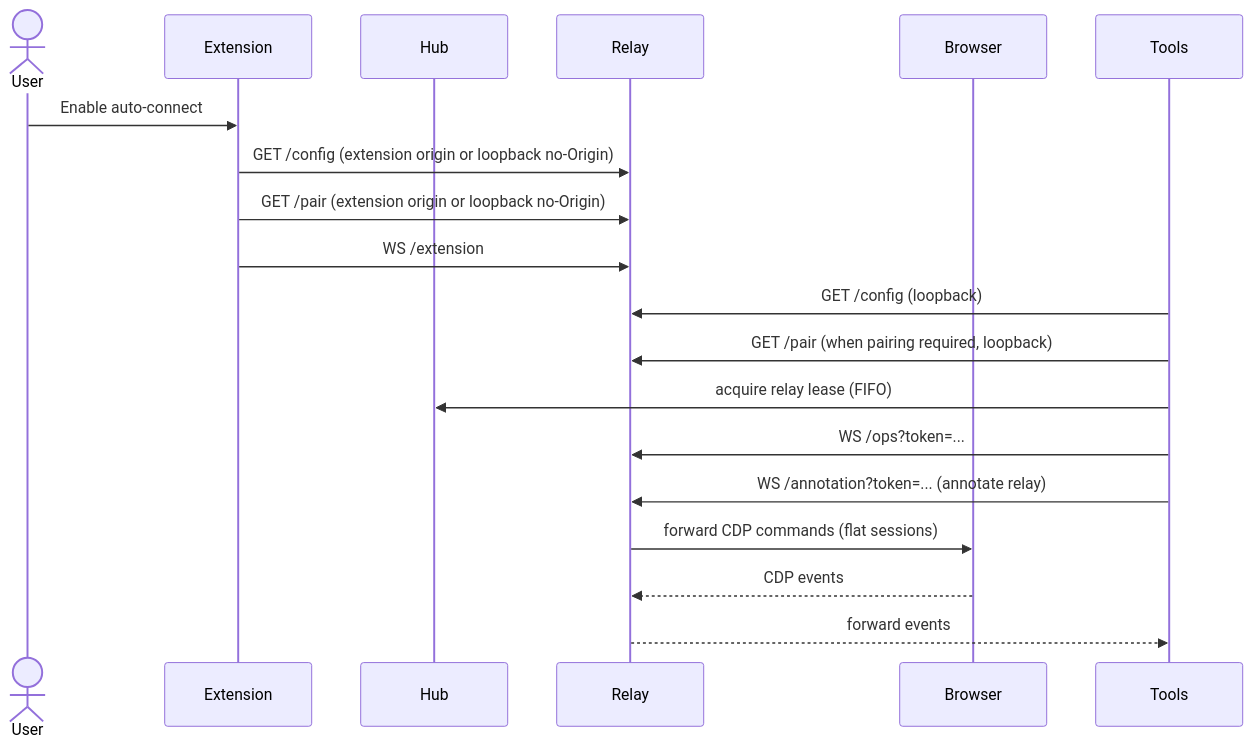
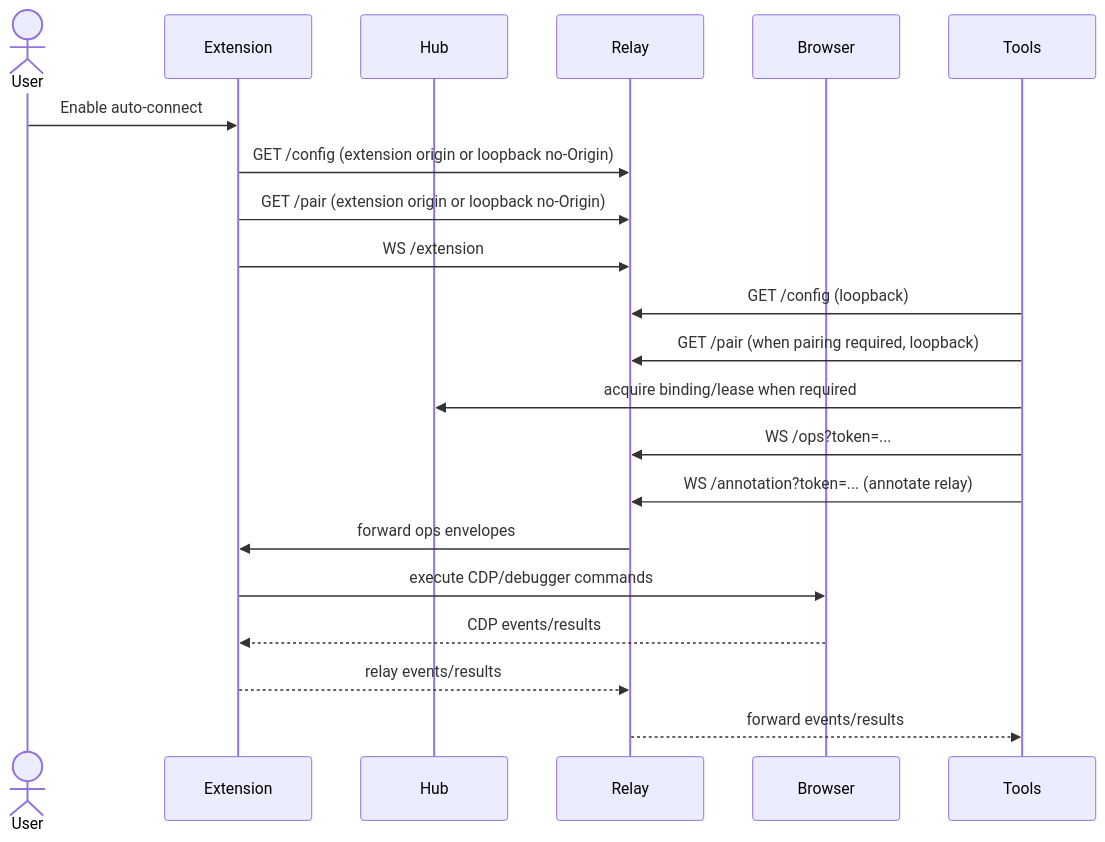
The third of 3 diagrams in docs/ARCHITECTURE.md (freshtechbro/opendevbrowser), drawn with Mermaid before and after one commit. The commit also changed other lines of this file and 34 other files, not shown here.

````diff
--- a/docs/ARCHITECTURE.md
+++ b/docs/ARCHITECTURE.md
@@ -100,22 +100,24 @@
 ```mermaid
 sequenceDiagram
   actor User
   participant Extension
   participant Hub
   participant Relay
   participant Browser
   participant Tools
 
   User->>Extension: Enable auto-connect
   Extension->>Relay: GET /config (extension origin or loopback no-Origin)
   Extension->>Relay: GET /pair (extension origin or loopback no-Origin)
   Extension->>Relay: WS /extension
   Tools->>Relay: GET /config (loopback)
   Tools->>Relay: GET /pair (when pairing required, loopback)
-  Tools->>Hub: acquire relay lease (FIFO)
+  Tools->>Hub: acquire binding/lease when required
   Tools->>Relay: WS /ops?token=...
   Tools->>Relay: WS /annotation?token=... (annotate relay)
-  Relay->>Browser: forward CDP commands (flat sessions)
-  Browser-->>Relay: CDP events
-  Relay-->>Tools: forward events
+  Relay->>Extension: forward ops envelopes
+  Extension->>Browser: execute CDP/debugger commands
+  Browser-->>Extension: CDP events/results
+  Extension-->>Relay: relay events/results
+  Relay-->>Tools: forward events/results
 ```
````
